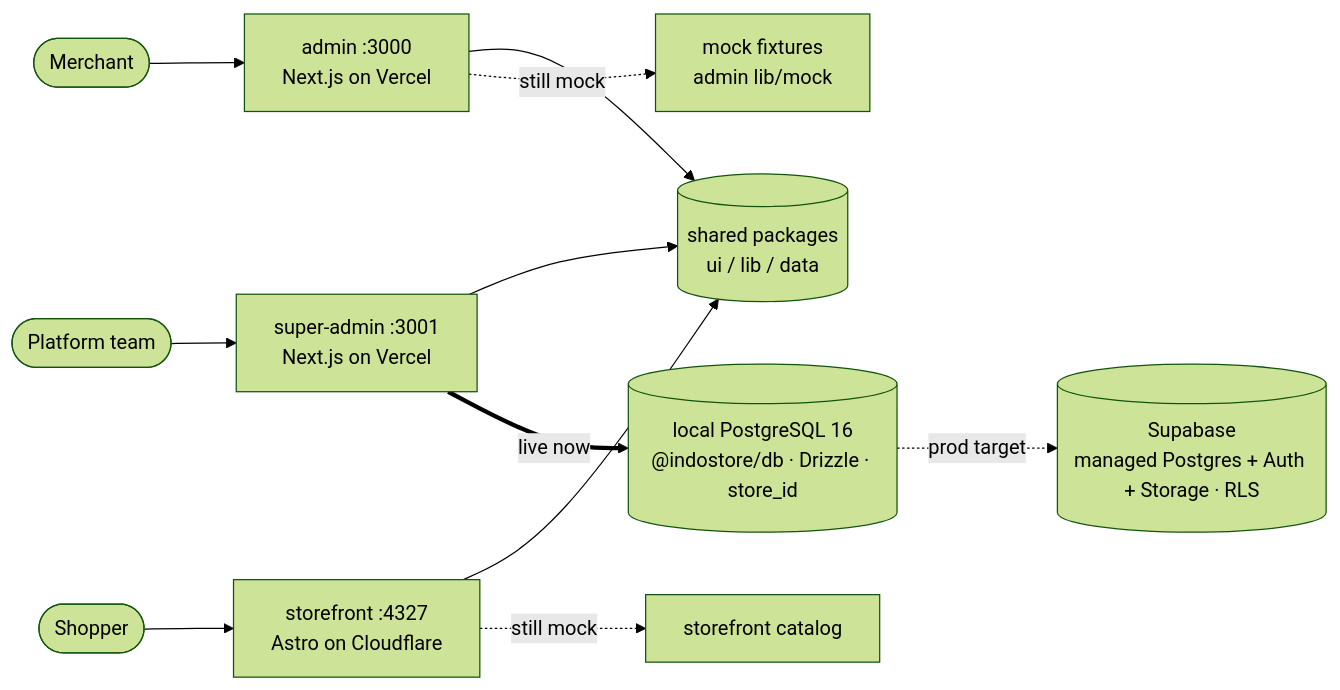
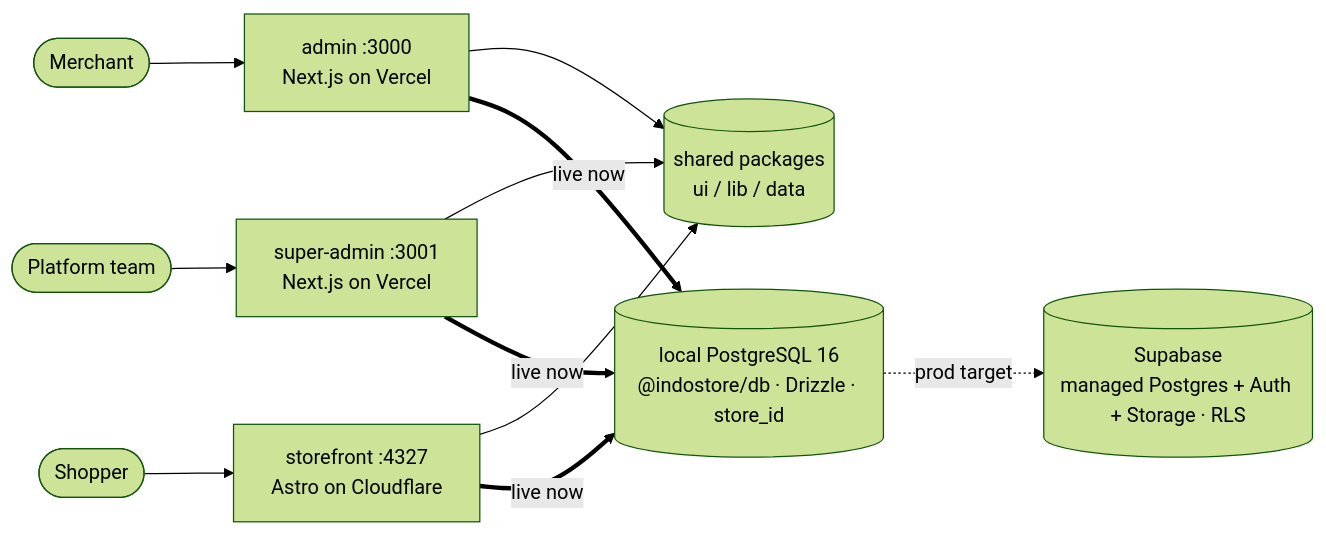
One commit to ongkipro/tokophi changed the first of 2 diagrams in specs/docs/ARCHITECTURE.md. Above: the diagram before and after it, drawn with Mermaid (forest theme). The commit also changed other lines of this file and 9 other files, not shown here.

````diff
--- a/specs/docs/ARCHITECTURE.md
+++ b/specs/docs/ARCHITECTURE.md
@@ -19,15 +19,15 @@
 ```mermaid
 flowchart LR
   Merchant([Merchant]) --> Admin[admin :3000<br/>Next.js on Vercel]
   Platform([Platform team]) --> Super[super-admin :3001<br/>Next.js on Vercel]
   Shopper([Shopper]) --> Store[storefront :4327<br/>Astro on Cloudflare]
 
   Admin --> Shared[(shared packages<br/>ui / lib / data)]
   Super --> Shared
   Store --> Shared
 
   Super ==>|live now| PG[(local PostgreSQL 16<br/>@indostore/db · Drizzle · store_id)]
-  Admin -. still mock .-> Mock[mock fixtures<br/>admin lib/mock]
-  Store -. still mock .-> Cat[storefront catalog]
+  Admin ==>|live now| PG
+  Store ==>|live now| PG
   PG -. prod target .-> Supabase[(Supabase<br/>managed Postgres + Auth + Storage · RLS)]
 ```
````
